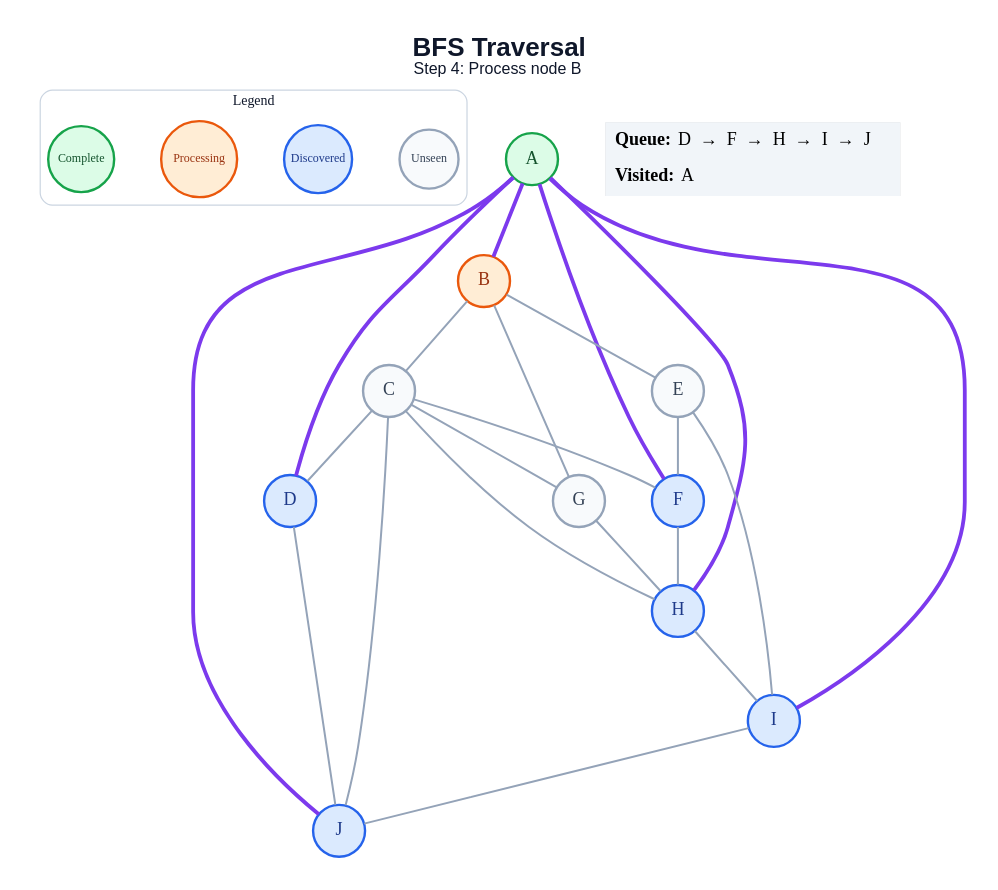
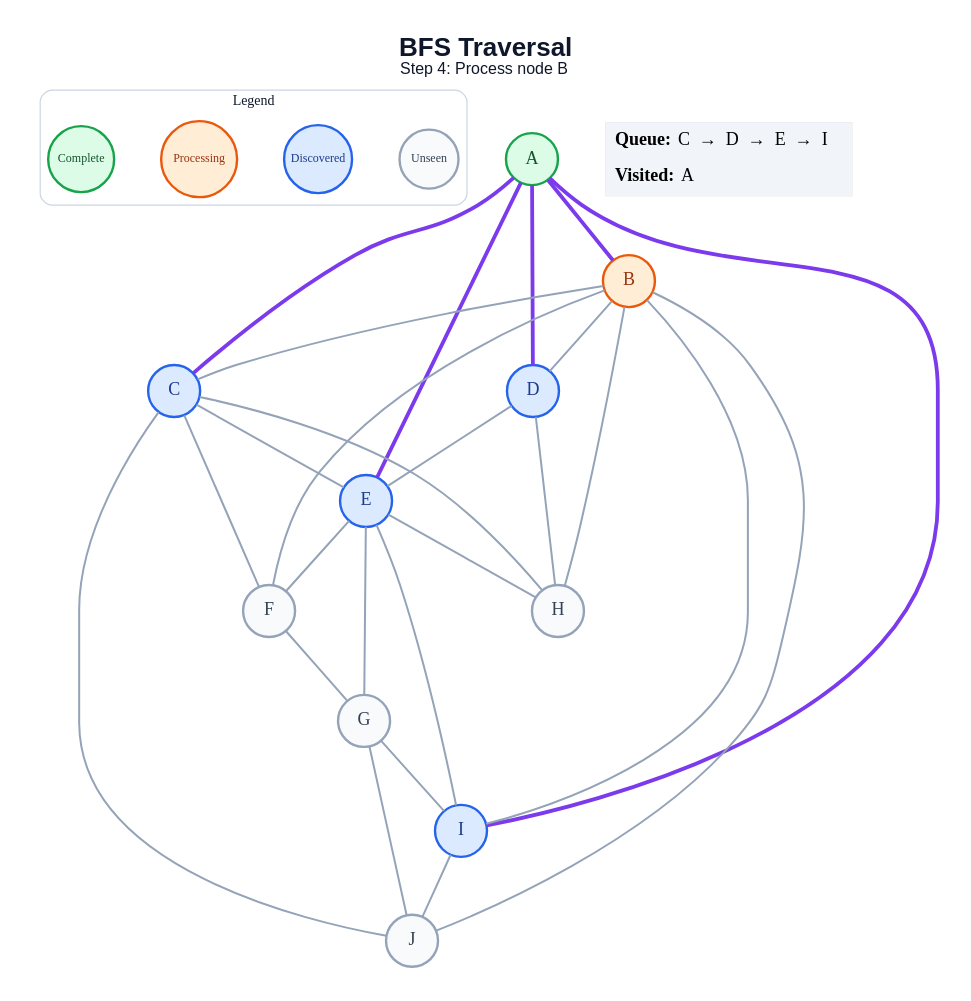
The diagram in generated/bfs/step_04.dot (anon7238593-create/ai-slop), drawn with Graphviz before and after one commit. The commit also changed 178 other files, not shown here.

```diff
--- a/generated/bfs/step_04.dot
+++ b/generated/bfs/step_04.dot
@@ -1,50 +1,54 @@
 graph traversal {
   graph [layout=dot, rankdir=TB, bgcolor="#FFFFFF", pad="0.35", nodesep="0.65", ranksep="0.8", fontname="Arial"];
   node [shape=circle, style="filled", fontname="Arial Bold", fontsize=18, width=0.72, fixedsize=true, penwidth=2.4];
   edge [color="#94A3B8", penwidth=2.0];
   label=<<B>BFS Traversal</B><BR/><FONT POINT-SIZE="16">Step 4: Process node B</FONT>>; labelloc="t"; fontsize=26; fontname="Arial"; fontcolor="#0F172A";
   subgraph cluster_legend { label="Legend"; color="#CBD5E1"; penwidth=1.2; style="rounded"; fontsize=14; fontname="Arial Bold";
     key_unseen [label="Unseen", fillcolor="#F8FAFC", color="#94A3B8", fontcolor="#334155", fontsize=12, width=0.82];
     key_frontier [label="Discovered", fillcolor="#DBEAFE", color="#2563EB", fontcolor="#1E3A8A", fontsize=12, width=0.95];
     key_current [label="Processing", fillcolor="#FFEDD5", color="#EA580C", fontcolor="#9A3412", fontsize=12, width=1.05];
     key_done [label="Complete", fillcolor="#DCFCE7", color="#16A34A", fontcolor="#14532D", fontsize=12, width=0.92];
     { rank=same; key_unseen; key_frontier; key_current; key_done; }
   }
   A [fillcolor="#DCFCE7", color="#16A34A", fontcolor="#14532D"];
   B [fillcolor="#FFEDD5", color="#EA580C", fontcolor="#9A3412"];
-  C [fillcolor="#F8FAFC", color="#94A3B8", fontcolor="#334155"];
+  C [fillcolor="#DBEAFE", color="#2563EB", fontcolor="#1E3A8A"];
   D [fillcolor="#DBEAFE", color="#2563EB", fontcolor="#1E3A8A"];
-  E [fillcolor="#F8FAFC", color="#94A3B8", fontcolor="#334155"];
-  F [fillcolor="#DBEAFE", color="#2563EB", fontcolor="#1E3A8A"];
+  E [fillcolor="#DBEAFE", color="#2563EB", fontcolor="#1E3A8A"];
+  F [fillcolor="#F8FAFC", color="#94A3B8", fontcolor="#334155"];
   G [fillcolor="#F8FAFC", color="#94A3B8", fontcolor="#334155"];
-  H [fillcolor="#DBEAFE", color="#2563EB", fontcolor="#1E3A8A"];
+  H [fillcolor="#F8FAFC", color="#94A3B8", fontcolor="#334155"];
   I [fillcolor="#DBEAFE", color="#2563EB", fontcolor="#1E3A8A"];
-  J [fillcolor="#DBEAFE", color="#2563EB", fontcolor="#1E3A8A"];
+  J [fillcolor="#F8FAFC", color="#94A3B8", fontcolor="#334155"];
   A -- B [color="#7C3AED", penwidth=3.8];
+  A -- C [color="#7C3AED", penwidth=3.8];
   A -- D [color="#7C3AED", penwidth=3.8];
-  A -- F [color="#7C3AED", penwidth=3.8];
-  A -- H [color="#7C3AED", penwidth=3.8];
+  A -- E [color="#7C3AED", penwidth=3.8];
   A -- I [color="#7C3AED", penwidth=3.8];
-  A -- J [color="#7C3AED", penwidth=3.8];
   B -- C;
-  B -- E;
-  B -- G;
-  C -- D;
+  B -- D;
+  B -- F;
+  B -- H;
+  B -- I;
+  B -- J;
+  C -- E;
   C -- F;
-  C -- G;
   C -- H;
   C -- J;
-  D -- J;
+  D -- E;
+  D -- H;
   E -- F;
+  E -- G;
+  E -- H;
   E -- I;
-  F -- H;
-  G -- H;
-  H -- I;
+  F -- G;
+  G -- I;
+  G -- J;
   I -- J;
   status [shape=plain, fixedsize=false, width=0, height=0, margin=0, label=<
     <TABLE BORDER="0" CELLBORDER="0" CELLPADDING="7" BGCOLOR="#F1F5F9">
-      <TR><TD ALIGN="LEFT"><B>Queue:</B> D  →  F  →  H  →  I  →  J</TD></TR>
+      <TR><TD ALIGN="LEFT"><B>Queue:</B> C  →  D  →  E  →  I</TD></TR>
       <TR><TD ALIGN="LEFT"><B>Visited:</B> A</TD></TR>
     </TABLE>
   >];
 }
```
